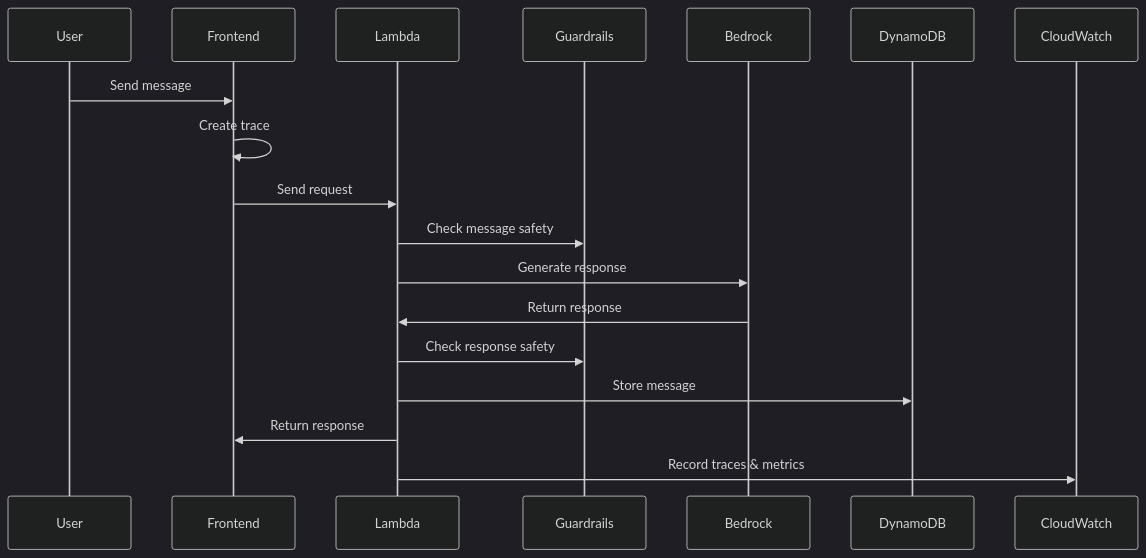
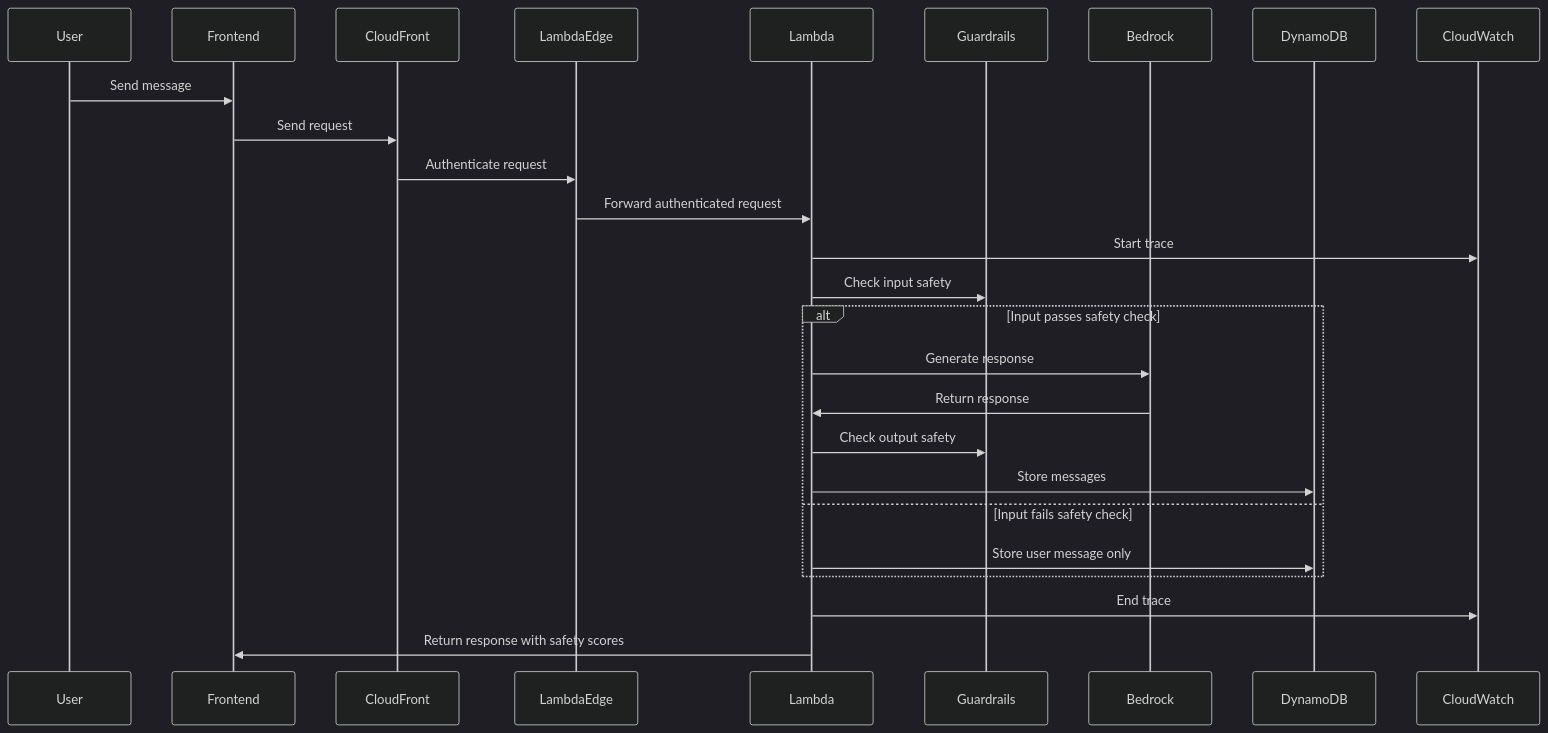
One commit to icoxfog417/sample-llm-observability changed the second of 2 diagrams in README.md. Above: the diagram before and after it, drawn with Mermaid (dark theme). The commit also changed other lines of this file and 4 other files, not shown here.

````diff
--- a/README.md
+++ b/README.md
@@ -67,21 +79,29 @@
 ```mermaid
 sequenceDiagram
     participant User
     participant Frontend
+    participant CloudFront
+    participant LambdaEdge
     participant Lambda
     participant Guardrails
     participant Bedrock
     participant DynamoDB
     participant CloudWatch
 
     User->>Frontend: Send message
-    Frontend->>Frontend: Create trace
-    Frontend->>Lambda: Send request
-    Lambda->>Guardrails: Check message safety
-    Lambda->>Bedrock: Generate response
-    Bedrock->>Lambda: Return response
-    Lambda->>Guardrails: Check response safety
-    Lambda->>DynamoDB: Store message
-    Lambda->>Frontend: Return response
-    Lambda->>CloudWatch: Record traces & metrics
+    Frontend->>CloudFront: Send request
+    CloudFront->>LambdaEdge: Authenticate request
+    LambdaEdge->>Lambda: Forward authenticated request
+    Lambda->>CloudWatch: Start trace
+    Lambda->>Guardrails: Check input safety
+    alt Input passes safety check
+        Lambda->>Bedrock: Generate response
+        Bedrock->>Lambda: Return response
+        Lambda->>Guardrails: Check output safety
+        Lambda->>DynamoDB: Store messages
+    else Input fails safety check
+        Lambda->>DynamoDB: Store user message only
+    end
+    Lambda->>CloudWatch: End trace
+    Lambda->>Frontend: Return response with safety scores
 ```
````
